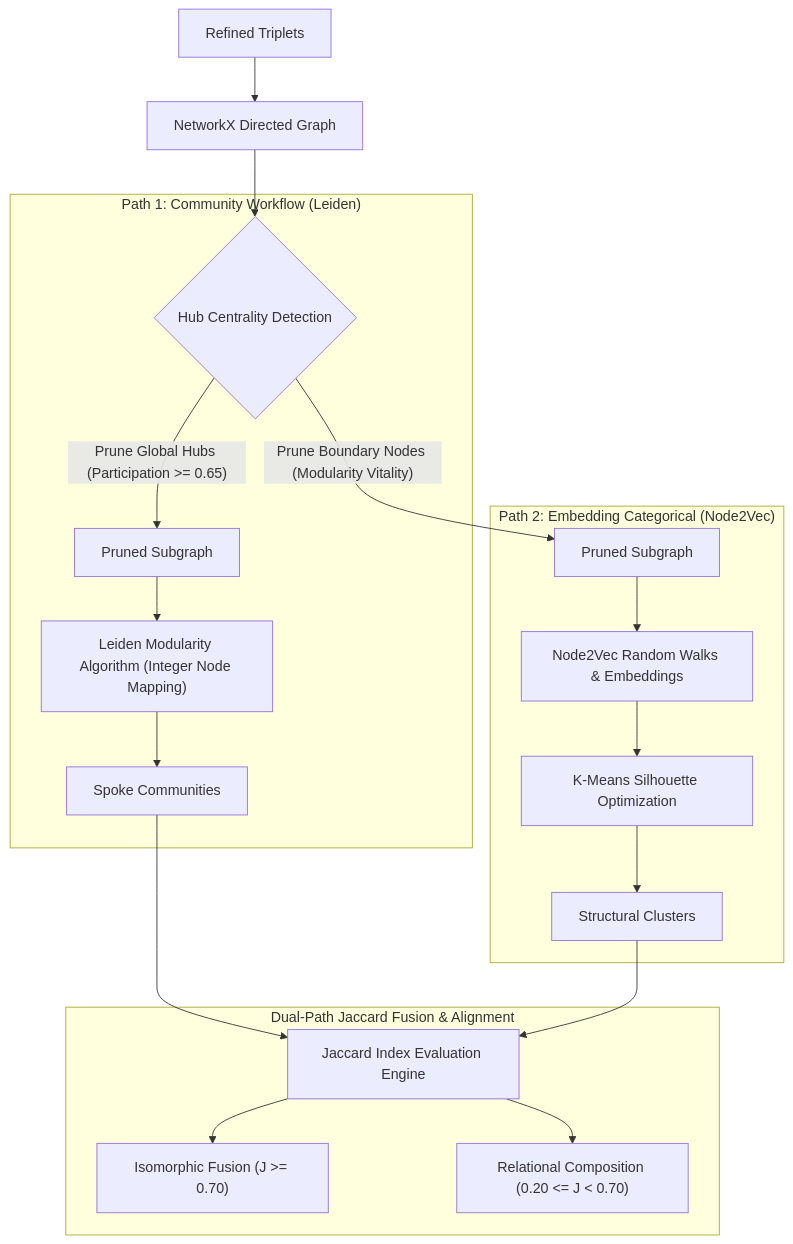
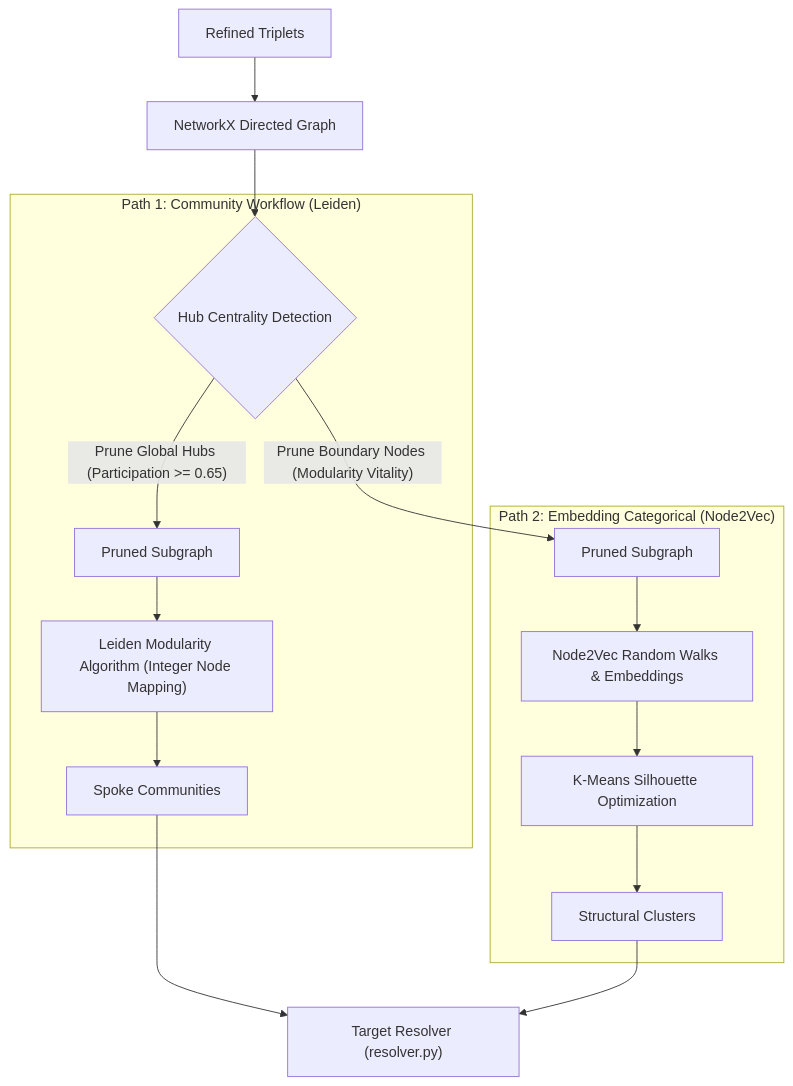
One commit to childmindresearch/SemanticPrism changed the second of 3 diagrams in README.md. Above: the diagram before and after it, drawn with Mermaid. The commit also changed other lines of this file and 15 other files, not shown here.

````diff
--- a/README.md
+++ b/README.md
@@ -97,25 +97,21 @@
 ```mermaid
 graph TD
     Triplets["Refined Triplets"] --> Graph["NetworkX Directed Graph"]
     Graph --> HubDetect{"Hub Centrality Detection"}
     
     subgraph path1 ["Path 1: Community Workflow (Leiden)"]
         HubDetect -->|"Prune Global Hubs (Participation >= 0.65)"| GraphPruned1["Pruned Subgraph"]
         GraphPruned1 --> Leiden["Leiden Modularity Algorithm (Integer Node Mapping)"]
         Leiden --> CommPart["Spoke Communities"]
     end
 
     subgraph path2 ["Path 2: Embedding Categorical (Node2Vec)"]
         HubDetect -->|"Prune Boundary Nodes (Modularity Vitality)"| GraphPruned2["Pruned Subgraph"]
         GraphPruned2 --> Node2Vec["Node2Vec Random Walks & Embeddings"]
         Node2Vec --> KMeans["K-Means Silhouette Optimization"]
         KMeans --> StructPart["Structural Clusters"]
     end
 
-    subgraph fusion_module ["Dual-Path Jaccard Fusion & Alignment"]
-        CommPart --> JaccardEngine["Jaccard Index Evaluation Engine"]
-        StructPart --> JaccardEngine
-        JaccardEngine --> IsoFusion["Isomorphic Fusion (J >= 0.70)"]
-        JaccardEngine --> RelComp["Relational Composition (0.20 <= J < 0.70)"]
-    end
+    CommPart --> TargetRes["Target Resolver (resolver.py)"]
+    StructPart --> TargetRes
 ```
````
